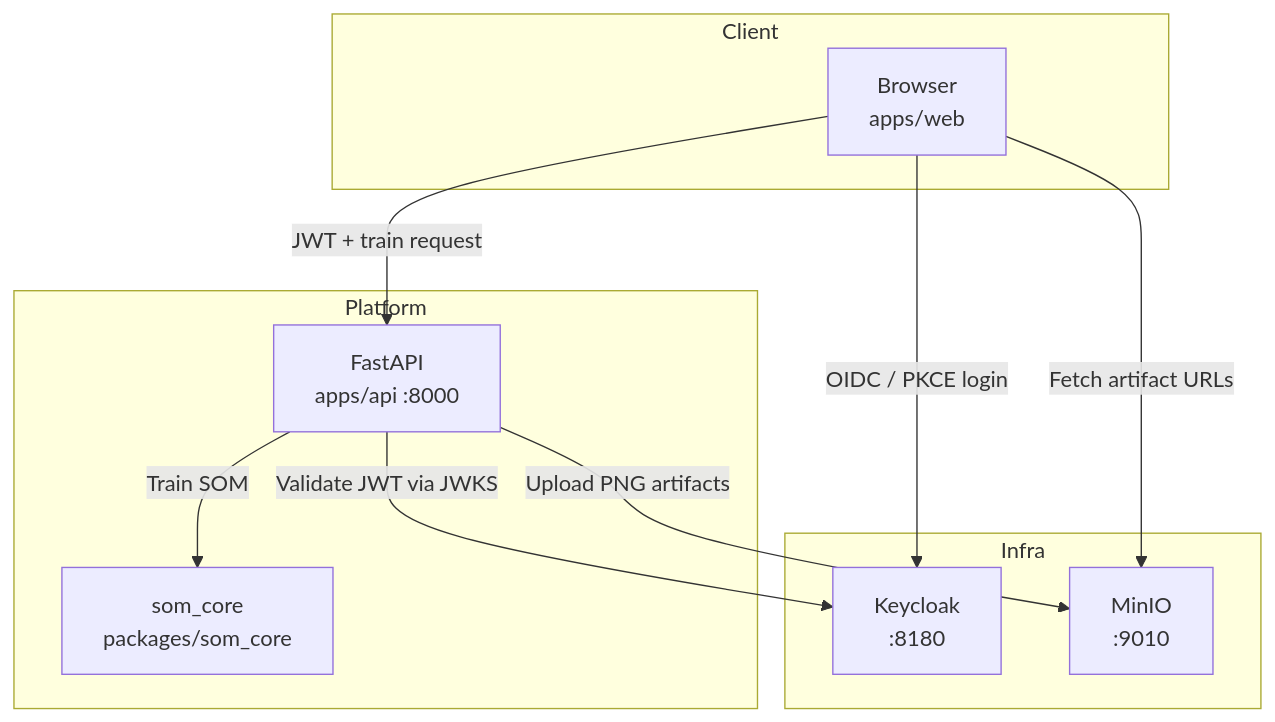
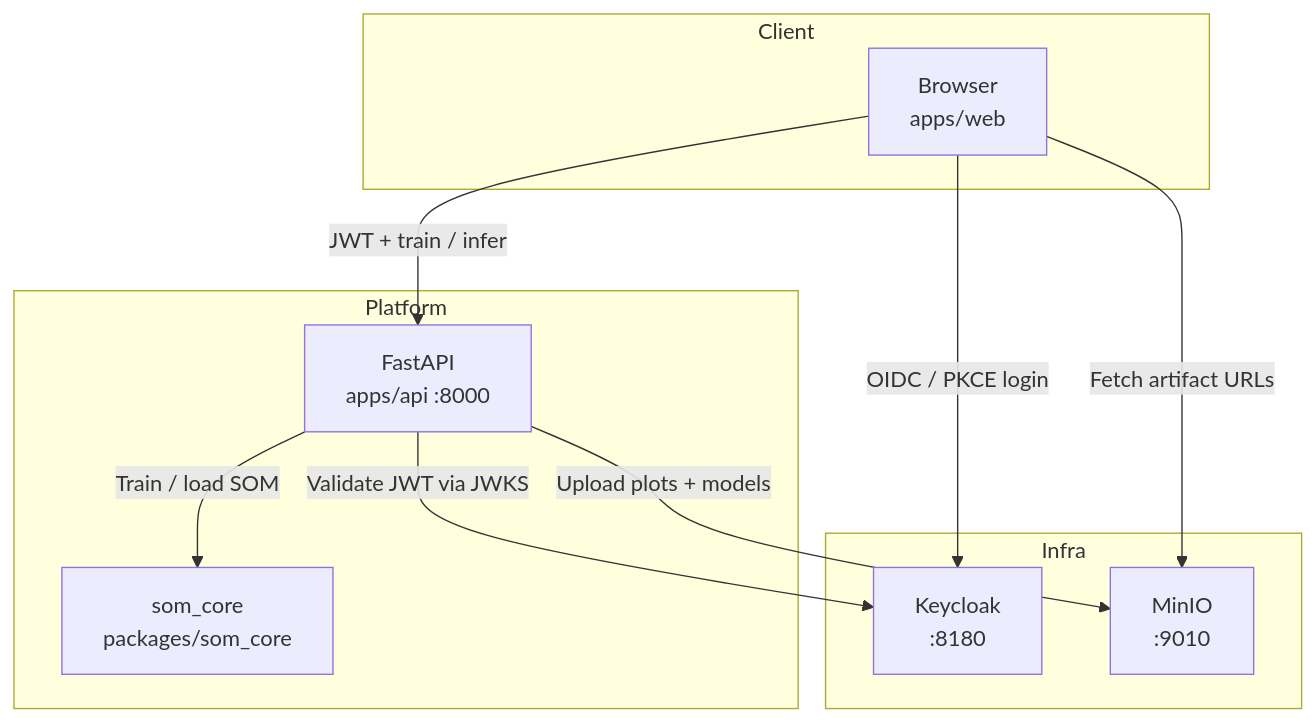
Before and after one commit to javedafroz/kohonen-som: the second of 2 diagrams in README.md, drawn with Mermaid. The commit also changed other lines of this file and 8 other files, not shown here.

````diff
--- a/README.md
+++ b/README.md
@@ -45,23 +59,23 @@
 ```mermaid
 flowchart TB
   subgraph Client
     Browser["Browser<br/>apps/web"]
   end
 
   subgraph Platform
     API["FastAPI<br/>apps/api :8000"]
     Core["som_core<br/>packages/som_core"]
   end
 
   subgraph Infra
     KC["Keycloak<br/>:8180"]
     MinIO["MinIO<br/>:9010"]
   end
 
   Browser -->|"OIDC / PKCE login"| KC
-  Browser -->|"JWT + train request"| API
+  Browser -->|"JWT + train / infer"| API
   API -->|"Validate JWT via JWKS"| KC
-  API -->|"Train SOM"| Core
-  API -->|"Upload PNG artifacts"| MinIO
+  API -->|"Train / load SOM"| Core
+  API -->|"Upload plots + models"| MinIO
   Browser -->|"Fetch artifact URLs"| MinIO
 ```
````
